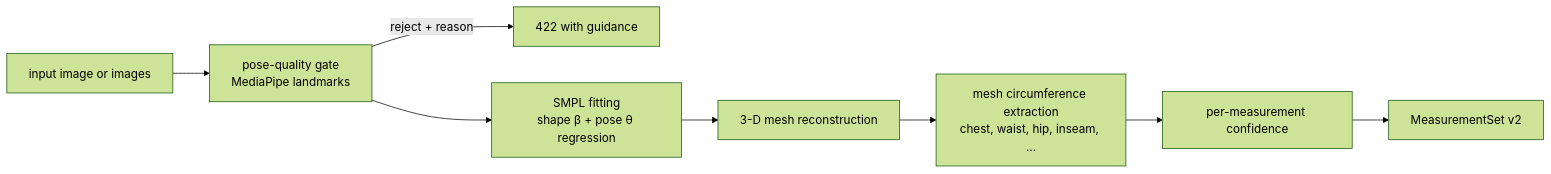
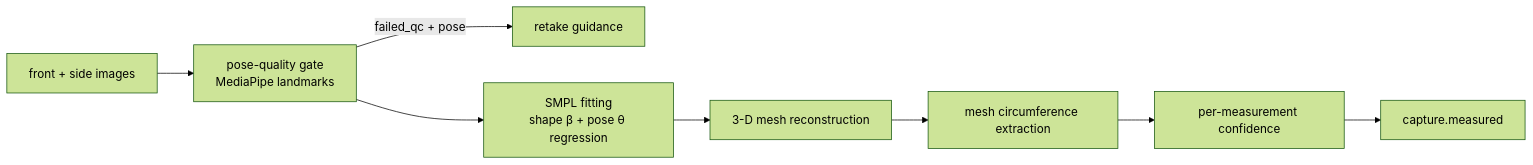
One commit to cuesoftinc/apparule changed the fourth of 4 diagrams in docs/architecture.md. Above: the diagram before and after it, drawn with Mermaid (forest theme). The commit also changed other lines of this file and 304 other files, not shown here.

````diff
--- a/docs/architecture.md
+++ b/docs/architecture.md
@@ -248,10 +192,10 @@
 ```mermaid
 flowchart LR
-    IMG[input image or images] --> QC[pose-quality gate<br/>MediaPipe landmarks]
-    QC -->|reject + reason| ERR[422 with guidance]
+    IMG[front + side images] --> QC[pose-quality gate<br/>MediaPipe landmarks]
+    QC -->|failed_qc + pose| ERR[retake guidance]
     QC --> FIT[SMPL fitting<br/>shape β + pose θ regression]
     FIT --> MESH[3-D mesh reconstruction]
-    MESH --> GIRTH[mesh circumference extraction<br/>chest, waist, hip, inseam, ...]
+    MESH --> GIRTH[mesh circumference extraction]
     GIRTH --> CONF[per-measurement confidence]
-    CONF --> OUT[MeasurementSet v2]
+    CONF --> OUT[capture.measured]
 ```
````
